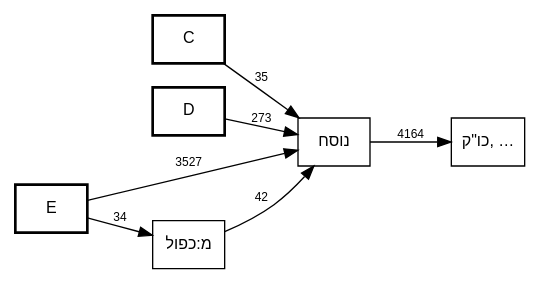
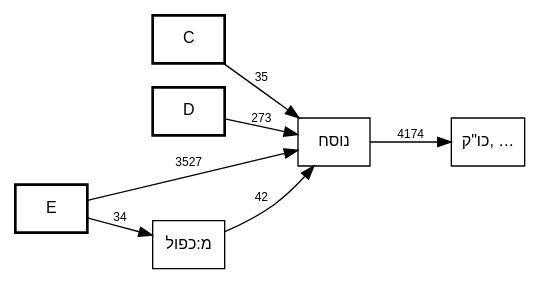
The diagram in out/MAM-tmpl-survey/plus-nusach-call-graph.dot (bdenckla/MAM-basics), drawn with Graphviz before and after one commit. The commit also changed 22 other files, not shown here.

```diff
--- a/out/MAM-tmpl-survey/plus-nusach-call-graph.dot
+++ b/out/MAM-tmpl-survey/plus-nusach-call-graph.dot
@@ -1,60 +1,60 @@
 digraph template_call_graph {
     rankdir=LR;
     node [fontname="SBL Hebrew,Helvetica", fontsize=12];
     edge [fontname="Helvetica", fontsize=9];
 
     // Column nodes
     node [shape=box, style=bold];
     "C";
     "D";
     "E";
 
     // Template nodes
     node [shape=box, style=""];
     "כו\"ק" [label="כו\"ק, …", tooltip="כו\"ק
 כתיב ולא קרי
 מ:אות-מיוחדת-במילה
 מ:אין פרשה בתחילת פרק
 מ:אין פרשה בתחילת פרק בספרי אמ\"ת
 מ:דחי
 מ:הערה-2
 מ:כו\"ק בין שני מקפים
 מ:כו\"ק כתיב מילה חדה וקרי תרתין מילין
 מ:כו\"ק כתיב מילה חדה וקרי תרתין מילין בין שני מקפים
 מ:כו\"ק כתיב תרתין מילין וקרי מילה חדה
 מ:כו\"ק קרי שונה מהכתיב בשתי מילים
 מ:כו\"ק של שלוש מילים בהערה אחת
 מ:כו\"ק של שתי מילים בהערה אחת
 מ:לגרמיה-2
 מ:מקף אפור
 מ:נו\"ן הפוכה
 מ:פסוק
 מ:פסק
 מ:צינור
 מ:קו\"כ כתיב מילה חדה וקרי תרתין מילין
 מ:קו\"כ קרי שונה מהכתיב בשתי מילים
 מ:קישור בהערה
 מ:קישור פנימי בהערה
 מ:קמץ
 מודגש
 סס
 ססס
 פפ
 פפפ
 קו\"כ
 קו\"כ-אם
 קרי ולא כתיב
 ר0
 ר1
 ר3
 ר4
 ש"];
 
     // Edges
     "C" -> "נוסח" [label="35"];
     "D" -> "נוסח" [label="273"];
     "E" -> "מ:כפול" [label="34"];
     "E" -> "נוסח" [label="3527"];
     "מ:כפול" -> "נוסח" [label="42"];
-    "נוסח" -> "כו\"ק" [label="4164"];
+    "נוסח" -> "כו\"ק" [label="4174"];
 }
```
